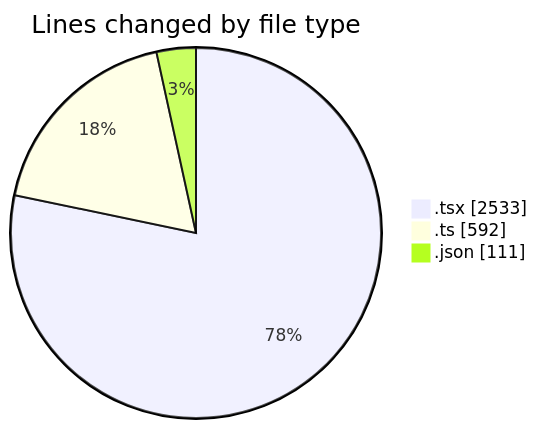
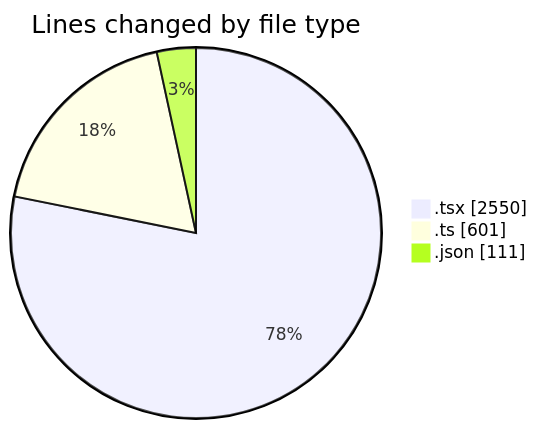
One commit to julien-gomy/code-tracking changed the first of 2 diagrams in 2025-11-08/eventscop-frontend-guide__workspace_/README.md. Above: the diagram before and after it, drawn with Mermaid. The commit also changed other lines of this file and 1 other file, not shown here.

````diff
--- a/2025-11-08/eventscop-frontend-guide__workspace_/README.md
+++ b/2025-11-08/eventscop-frontend-guide__workspace_/README.md
@@ -42,7 +42,7 @@
 ```mermaid
 pie showData
 title Lines changed by file type
-".tsx" : 2533
-".ts" : 592
+".tsx" : 2550
+".ts" : 601
 ".json" : 111
 ```
````
